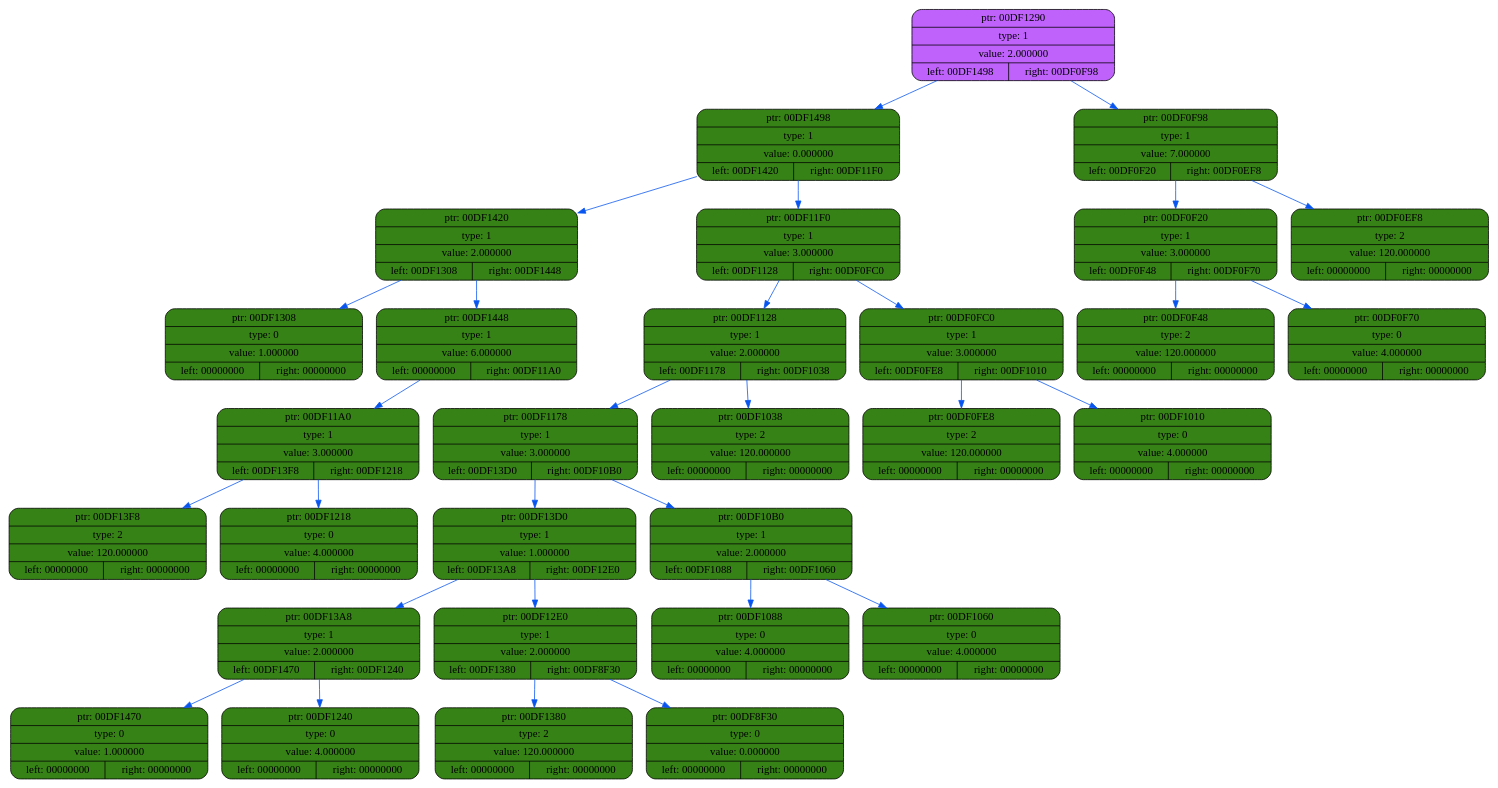
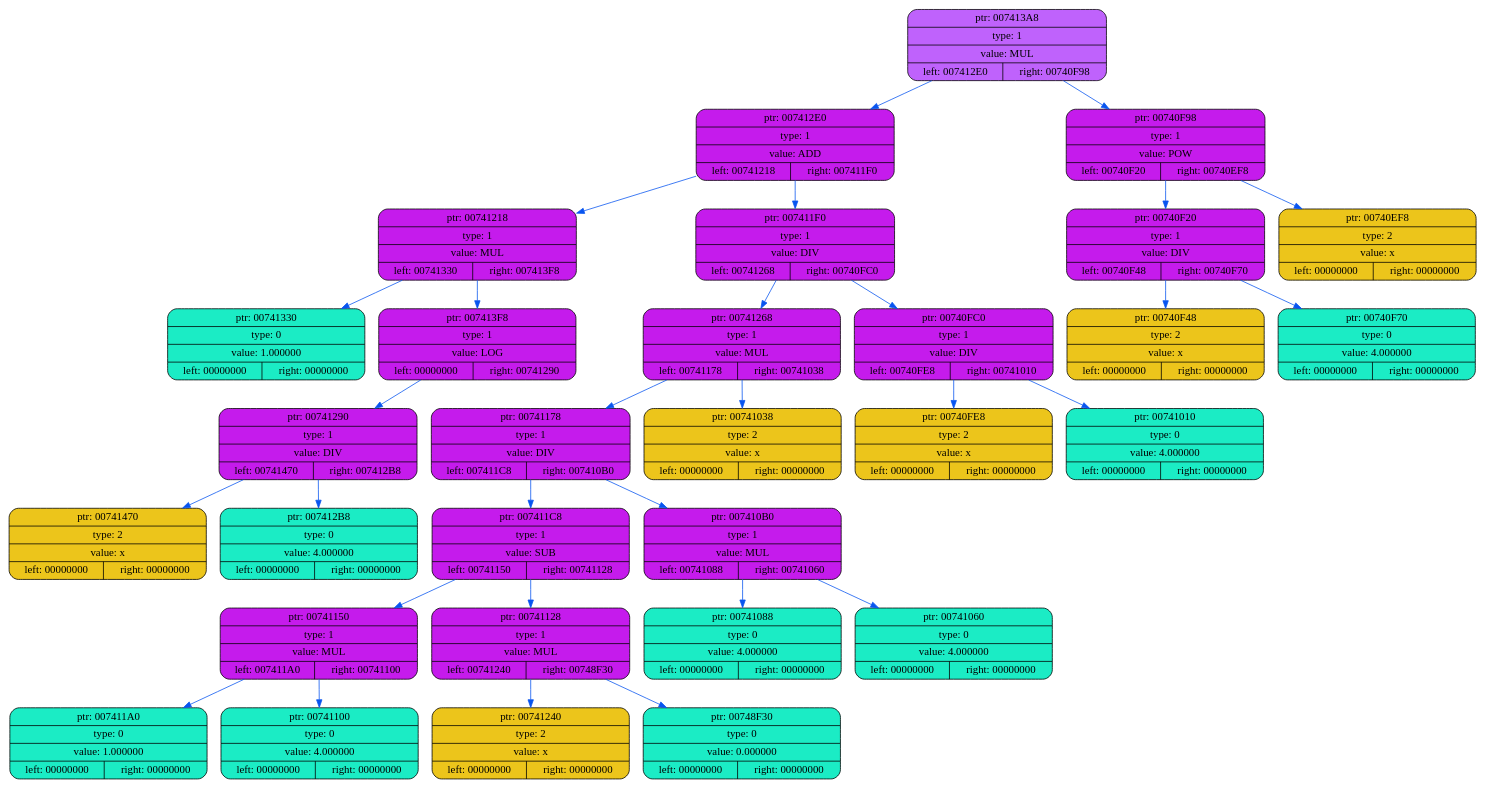
One commit to coffee8cat/differentiator changed the diagram in dump/dump2.dot. Above: the diagram before and after it, drawn with Graphviz. The commit also changed 18 other files, not shown here.

```diff
--- a/dump/dump2.dot
+++ b/dump/dump2.dot
@@ -1,64 +1,64 @@
 digraph
 {
     rankdir=TP
 
-        node00DF1290[shape=record,style="rounded,filled",fillcolor="#BF62FC",label="{ ptr: 00DF1290 | type: 1 | value: 2.000000| { left: 00DF1498 | right: 00DF0F98 }}"];
-    node00DF1290 -> node00DF1498[color="#0855F0"]
-    node00DF1498[shape=record,style="rounded,filled",fillcolor="#378217",label="{ ptr: 00DF1498 | type: 1 | value: 0.000000| { left: 00DF1420 | right: 00DF11F0 }}"];
-    node00DF1498 -> node00DF1420[color="#0855F0"]
-    node00DF1420[shape=record,style="rounded,filled",fillcolor="#378217",label="{ ptr: 00DF1420 | type: 1 | value: 2.000000| { left: 00DF1308 | right: 00DF1448 }}"];
-    node00DF1420 -> node00DF1308[color="#0855F0"]
-    node00DF1308[shape=record,style="rounded,filled",fillcolor="#378217",label="{ ptr: 00DF1308 | type: 0 | value: 1.000000| { left: 00000000 | right: 00000000 }}"];
-    node00DF1420 -> node00DF1448[color="#0855F0"]
-    node00DF1448[shape=record,style="rounded,filled",fillcolor="#378217",label="{ ptr: 00DF1448 | type: 1 | value: 6.000000| { left: 00000000 | right: 00DF11A0 }}"];
-    node00DF1448 -> node00DF11A0[color="#0855F0"]
-    node00DF11A0[shape=record,style="rounded,filled",fillcolor="#378217",label="{ ptr: 00DF11A0 | type: 1 | value: 3.000000| { left: 00DF13F8 | right: 00DF1218 }}"];
-    node00DF11A0 -> node00DF13F8[color="#0855F0"]
-    node00DF13F8[shape=record,style="rounded,filled",fillcolor="#378217",label="{ ptr: 00DF13F8 | type: 2 | value: 120.000000| { left: 00000000 | right: 00000000 }}"];
-    node00DF11A0 -> node00DF1218[color="#0855F0"]
-    node00DF1218[shape=record,style="rounded,filled",fillcolor="#378217",label="{ ptr: 00DF1218 | type: 0 | value: 4.000000| { left: 00000000 | right: 00000000 }}"];
-    node00DF1498 -> node00DF11F0[color="#0855F0"]
-    node00DF11F0[shape=record,style="rounded,filled",fillcolor="#378217",label="{ ptr: 00DF11F0 | type: 1 | value: 3.000000| { left: 00DF1128 | right: 00DF0FC0 }}"];
-    node00DF11F0 -> node00DF1128[color="#0855F0"]
-    node00DF1128[shape=record,style="rounded,filled",fillcolor="#378217",label="{ ptr: 00DF1128 | type: 1 | value: 2.000000| { left: 00DF1178 | right: 00DF1038 }}"];
-    node00DF1128 -> node00DF1178[color="#0855F0"]
-    node00DF1178[shape=record,style="rounded,filled",fillcolor="#378217",label="{ ptr: 00DF1178 | type: 1 | value: 3.000000| { left: 00DF13D0 | right: 00DF10B0 }}"];
-    node00DF1178 -> node00DF13D0[color="#0855F0"]
-    node00DF13D0[shape=record,style="rounded,filled",fillcolor="#378217",label="{ ptr: 00DF13D0 | type: 1 | value: 1.000000| { left: 00DF13A8 | right: 00DF12E0 }}"];
-    node00DF13D0 -> node00DF13A8[color="#0855F0"]
-    node00DF13A8[shape=record,style="rounded,filled",fillcolor="#378217",label="{ ptr: 00DF13A8 | type: 1 | value: 2.000000| { left: 00DF1470 | right: 00DF1240 }}"];
-    node00DF13A8 -> node00DF1470[color="#0855F0"]
-    node00DF1470[shape=record,style="rounded,filled",fillcolor="#378217",label="{ ptr: 00DF1470 | type: 0 | value: 1.000000| { left: 00000000 | right: 00000000 }}"];
-    node00DF13A8 -> node00DF1240[color="#0855F0"]
-    node00DF1240[shape=record,style="rounded,filled",fillcolor="#378217",label="{ ptr: 00DF1240 | type: 0 | value: 4.000000| { left: 00000000 | right: 00000000 }}"];
-    node00DF13D0 -> node00DF12E0[color="#0855F0"]
-    node00DF12E0[shape=record,style="rounded,filled",fillcolor="#378217",label="{ ptr: 00DF12E0 | type: 1 | value: 2.000000| { left: 00DF1380 | right: 00DF8F30 }}"];
-    node00DF12E0 -> node00DF1380[color="#0855F0"]
-    node00DF1380[shape=record,style="rounded,filled",fillcolor="#378217",label="{ ptr: 00DF1380 | type: 2 | value: 120.000000| { left: 00000000 | right: 00000000 }}"];
-    node00DF12E0 -> node00DF8F30[color="#0855F0"]
-    node00DF8F30[shape=record,style="rounded,filled",fillcolor="#378217",label="{ ptr: 00DF8F30 | type: 0 | value: 0.000000| { left: 00000000 | right: 00000000 }}"];
-    node00DF1178 -> node00DF10B0[color="#0855F0"]
-    node00DF10B0[shape=record,style="rounded,filled",fillcolor="#378217",label="{ ptr: 00DF10B0 | type: 1 | value: 2.000000| { left: 00DF1088 | right: 00DF1060 }}"];
-    node00DF10B0 -> node00DF1088[color="#0855F0"]
-    node00DF1088[shape=record,style="rounded,filled",fillcolor="#378217",label="{ ptr: 00DF1088 | type: 0 | value: 4.000000| { left: 00000000 | right: 00000000 }}"];
-    node00DF10B0 -> node00DF1060[color="#0855F0"]
-    node00DF1060[shape=record,style="rounded,filled",fillcolor="#378217",label="{ ptr: 00DF1060 | type: 0 | value: 4.000000| { left: 00000000 | right: 00000000 }}"];
-    node00DF1128 -> node00DF1038[color="#0855F0"]
-    node00DF1038[shape=record,style="rounded,filled",fillcolor="#378217",label="{ ptr: 00DF1038 | type: 2 | value: 120.000000| { left: 00000000 | right: 00000000 }}"];
-    node00DF11F0 -> node00DF0FC0[color="#0855F0"]
-    node00DF0FC0[shape=record,style="rounded,filled",fillcolor="#378217",label="{ ptr: 00DF0FC0 | type: 1 | value: 3.000000| { left: 00DF0FE8 | right: 00DF1010 }}"];
-    node00DF0FC0 -> node00DF0FE8[color="#0855F0"]
-    node00DF0FE8[shape=record,style="rounded,filled",fillcolor="#378217",label="{ ptr: 00DF0FE8 | type: 2 | value: 120.000000| { left: 00000000 | right: 00000000 }}"];
-    node00DF0FC0 -> node00DF1010[color="#0855F0"]
-    node00DF1010[shape=record,style="rounded,filled",fillcolor="#378217",label="{ ptr: 00DF1010 | type: 0 | value: 4.000000| { left: 00000000 | right: 00000000 }}"];
-    node00DF1290 -> node00DF0F98[color="#0855F0"]
-    node00DF0F98[shape=record,style="rounded,filled",fillcolor="#378217",label="{ ptr: 00DF0F98 | type: 1 | value: 7.000000| { left: 00DF0F20 | right: 00DF0EF8 }}"];
-    node00DF0F98 -> node00DF0F20[color="#0855F0"]
-    node00DF0F20[shape=record,style="rounded,filled",fillcolor="#378217",label="{ ptr: 00DF0F20 | type: 1 | value: 3.000000| { left: 00DF0F48 | right: 00DF0F70 }}"];
-    node00DF0F20 -> node00DF0F48[color="#0855F0"]
-    node00DF0F48[shape=record,style="rounded,filled",fillcolor="#378217",label="{ ptr: 00DF0F48 | type: 2 | value: 120.000000| { left: 00000000 | right: 00000000 }}"];
-    node00DF0F20 -> node00DF0F70[color="#0855F0"]
-    node00DF0F70[shape=record,style="rounded,filled",fillcolor="#378217",label="{ ptr: 00DF0F70 | type: 0 | value: 4.000000| { left: 00000000 | right: 00000000 }}"];
-    node00DF0F98 -> node00DF0EF8[color="#0855F0"]
-    node00DF0EF8[shape=record,style="rounded,filled",fillcolor="#378217",label="{ ptr: 00DF0EF8 | type: 2 | value: 120.000000| { left: 00000000 | right: 00000000 }}"];
+        node007413A8[shape=record,style="rounded,filled",fillcolor="#BF62FC",label="{ ptr: 007413A8 | type: 1 | value: MUL| { left: 007412E0 | right: 00740F98 }}"];
+    node007413A8 -> node007412E0[color="#0855F0"]
+    node007412E0[shape=record,style="rounded,filled",fillcolor="#C51BEC",label="{ ptr: 007412E0 | type: 1 | value: ADD| { left: 00741218 | right: 007411F0 }}"];
+    node007412E0 -> node00741218[color="#0855F0"]
+    node00741218[shape=record,style="rounded,filled",fillcolor="#C51BEC",label="{ ptr: 00741218 | type: 1 | value: MUL| { left: 00741330 | right: 007413F8 }}"];
+    node00741218 -> node00741330[color="#0855F0"]
+    node00741330[shape=record,style="rounded,filled",fillcolor="#1BECC5",label="{ ptr: 00741330 | type: 0 | value: 1.000000| { left: 00000000 | right: 00000000 }}"];
+    node00741218 -> node007413F8[color="#0855F0"]
+    node007413F8[shape=record,style="rounded,filled",fillcolor="#C51BEC",label="{ ptr: 007413F8 | type: 1 | value: LOG| { left: 00000000 | right: 00741290 }}"];
+    node007413F8 -> node00741290[color="#0855F0"]
+    node00741290[shape=record,style="rounded,filled",fillcolor="#C51BEC",label="{ ptr: 00741290 | type: 1 | value: DIV| { left: 00741470 | right: 007412B8 }}"];
+    node00741290 -> node00741470[color="#0855F0"]
+    node00741470[shape=record,style="rounded,filled",fillcolor="#ECC51B",label="{ ptr: 00741470 | type: 2 | value: x| { left: 00000000 | right: 00000000 }}"];
+    node00741290 -> node007412B8[color="#0855F0"]
+    node007412B8[shape=record,style="rounded,filled",fillcolor="#1BECC5",label="{ ptr: 007412B8 | type: 0 | value: 4.000000| { left: 00000000 | right: 00000000 }}"];
+    node007412E0 -> node007411F0[color="#0855F0"]
+    node007411F0[shape=record,style="rounded,filled",fillcolor="#C51BEC",label="{ ptr: 007411F0 | type: 1 | value: DIV| { left: 00741268 | right: 00740FC0 }}"];
+    node007411F0 -> node00741268[color="#0855F0"]
+    node00741268[shape=record,style="rounded,filled",fillcolor="#C51BEC",label="{ ptr: 00741268 | type: 1 | value: MUL| { left: 00741178 | right: 00741038 }}"];
+    node00741268 -> node00741178[color="#0855F0"]
+    node00741178[shape=record,style="rounded,filled",fillcolor="#C51BEC",label="{ ptr: 00741178 | type: 1 | value: DIV| { left: 007411C8 | right: 007410B0 }}"];
+    node00741178 -> node007411C8[color="#0855F0"]
+    node007411C8[shape=record,style="rounded,filled",fillcolor="#C51BEC",label="{ ptr: 007411C8 | type: 1 | value: SUB| { left: 00741150 | right: 00741128 }}"];
+    node007411C8 -> node00741150[color="#0855F0"]
+    node00741150[shape=record,style="rounded,filled",fillcolor="#C51BEC",label="{ ptr: 00741150 | type: 1 | value: MUL| { left: 007411A0 | right: 00741100 }}"];
+    node00741150 -> node007411A0[color="#0855F0"]
+    node007411A0[shape=record,style="rounded,filled",fillcolor="#1BECC5",label="{ ptr: 007411A0 | type: 0 | value: 1.000000| { left: 00000000 | right: 00000000 }}"];
+    node00741150 -> node00741100[color="#0855F0"]
+    node00741100[shape=record,style="rounded,filled",fillcolor="#1BECC5",label="{ ptr: 00741100 | type: 0 | value: 4.000000| { left: 00000000 | right: 00000000 }}"];
+    node007411C8 -> node00741128[color="#0855F0"]
+    node00741128[shape=record,style="rounded,filled",fillcolor="#C51BEC",label="{ ptr: 00741128 | type: 1 | value: MUL| { left: 00741240 | right: 00748F30 }}"];
+    node00741128 -> node00741240[color="#0855F0"]
+    node00741240[shape=record,style="rounded,filled",fillcolor="#ECC51B",label="{ ptr: 00741240 | type: 2 | value: x| { left: 00000000 | right: 00000000 }}"];
+    node00741128 -> node00748F30[color="#0855F0"]
+    node00748F30[shape=record,style="rounded,filled",fillcolor="#1BECC5",label="{ ptr: 00748F30 | type: 0 | value: 0.000000| { left: 00000000 | right: 00000000 }}"];
+    node00741178 -> node007410B0[color="#0855F0"]
+    node007410B0[shape=record,style="rounded,filled",fillcolor="#C51BEC",label="{ ptr: 007410B0 | type: 1 | value: MUL| { left: 00741088 | right: 00741060 }}"];
+    node007410B0 -> node00741088[color="#0855F0"]
+    node00741088[shape=record,style="rounded,filled",fillcolor="#1BECC5",label="{ ptr: 00741088 | type: 0 | value: 4.000000| { left: 00000000 | right: 00000000 }}"];
+    node007410B0 -> node00741060[color="#0855F0"]
+    node00741060[shape=record,style="rounded,filled",fillcolor="#1BECC5",label="{ ptr: 00741060 | type: 0 | value: 4.000000| { left: 00000000 | right: 00000000 }}"];
+    node00741268 -> node00741038[color="#0855F0"]
+    node00741038[shape=record,style="rounded,filled",fillcolor="#ECC51B",label="{ ptr: 00741038 | type: 2 | value: x| { left: 00000000 | right: 00000000 }}"];
+    node007411F0 -> node00740FC0[color="#0855F0"]
+    node00740FC0[shape=record,style="rounded,filled",fillcolor="#C51BEC",label="{ ptr: 00740FC0 | type: 1 | value: DIV| { left: 00740FE8 | right: 00741010 }}"];
+    node00740FC0 -> node00740FE8[color="#0855F0"]
+    node00740FE8[shape=record,style="rounded,filled",fillcolor="#ECC51B",label="{ ptr: 00740FE8 | type: 2 | value: x| { left: 00000000 | right: 00000000 }}"];
+    node00740FC0 -> node00741010[color="#0855F0"]
+    node00741010[shape=record,style="rounded,filled",fillcolor="#1BECC5",label="{ ptr: 00741010 | type: 0 | value: 4.000000| { left: 00000000 | right: 00000000 }}"];
+    node007413A8 -> node00740F98[color="#0855F0"]
+    node00740F98[shape=record,style="rounded,filled",fillcolor="#C51BEC",label="{ ptr: 00740F98 | type: 1 | value: POW| { left: 00740F20 | right: 00740EF8 }}"];
+    node00740F98 -> node00740F20[color="#0855F0"]
+    node00740F20[shape=record,style="rounded,filled",fillcolor="#C51BEC",label="{ ptr: 00740F20 | type: 1 | value: DIV| { left: 00740F48 | right: 00740F70 }}"];
+    node00740F20 -> node00740F48[color="#0855F0"]
+    node00740F48[shape=record,style="rounded,filled",fillcolor="#ECC51B",label="{ ptr: 00740F48 | type: 2 | value: x| { left: 00000000 | right: 00000000 }}"];
+    node00740F20 -> node00740F70[color="#0855F0"]
+    node00740F70[shape=record,style="rounded,filled",fillcolor="#1BECC5",label="{ ptr: 00740F70 | type: 0 | value: 4.000000| { left: 00000000 | right: 00000000 }}"];
+    node00740F98 -> node00740EF8[color="#0855F0"]
+    node00740EF8[shape=record,style="rounded,filled",fillcolor="#ECC51B",label="{ ptr: 00740EF8 | type: 2 | value: x| { left: 00000000 | right: 00000000 }}"];
 }
```
